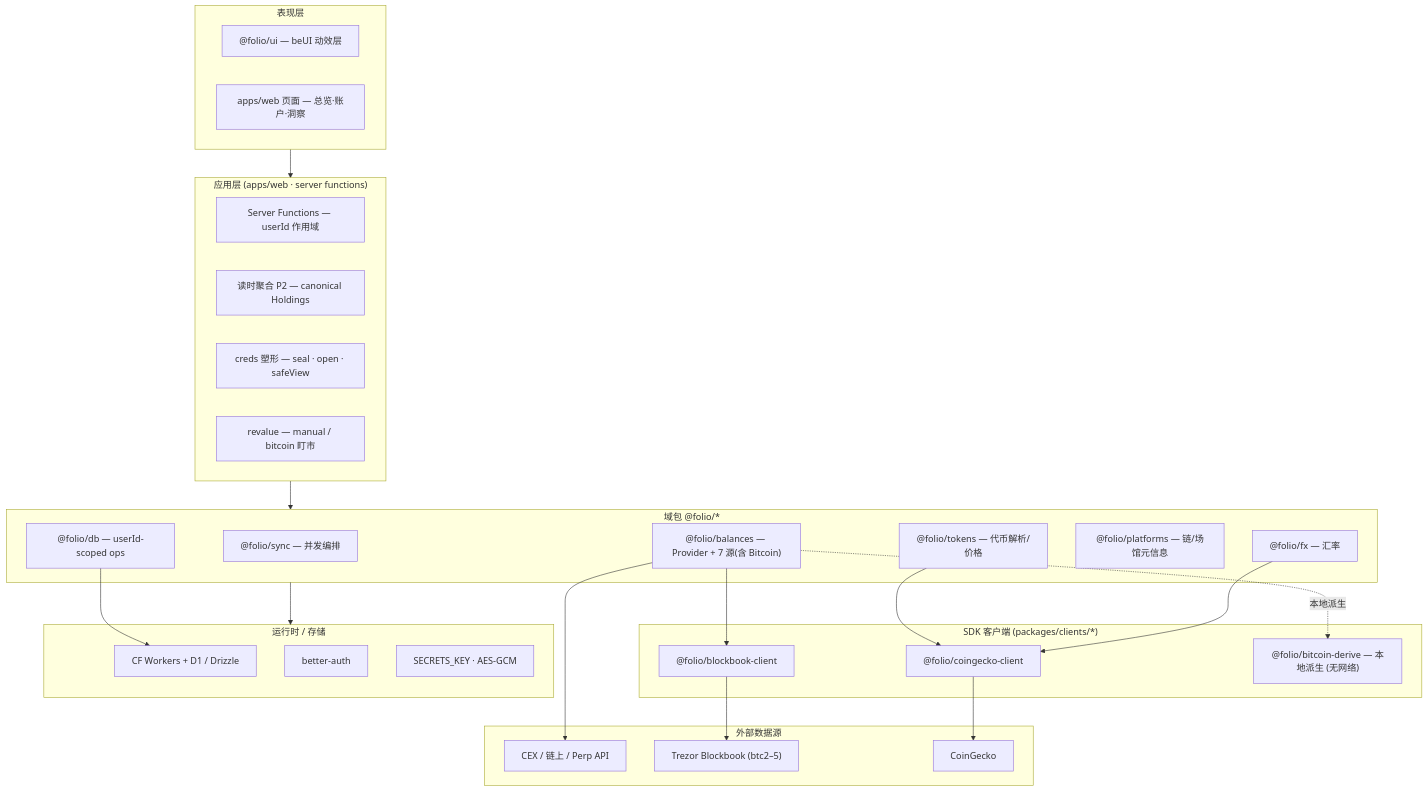
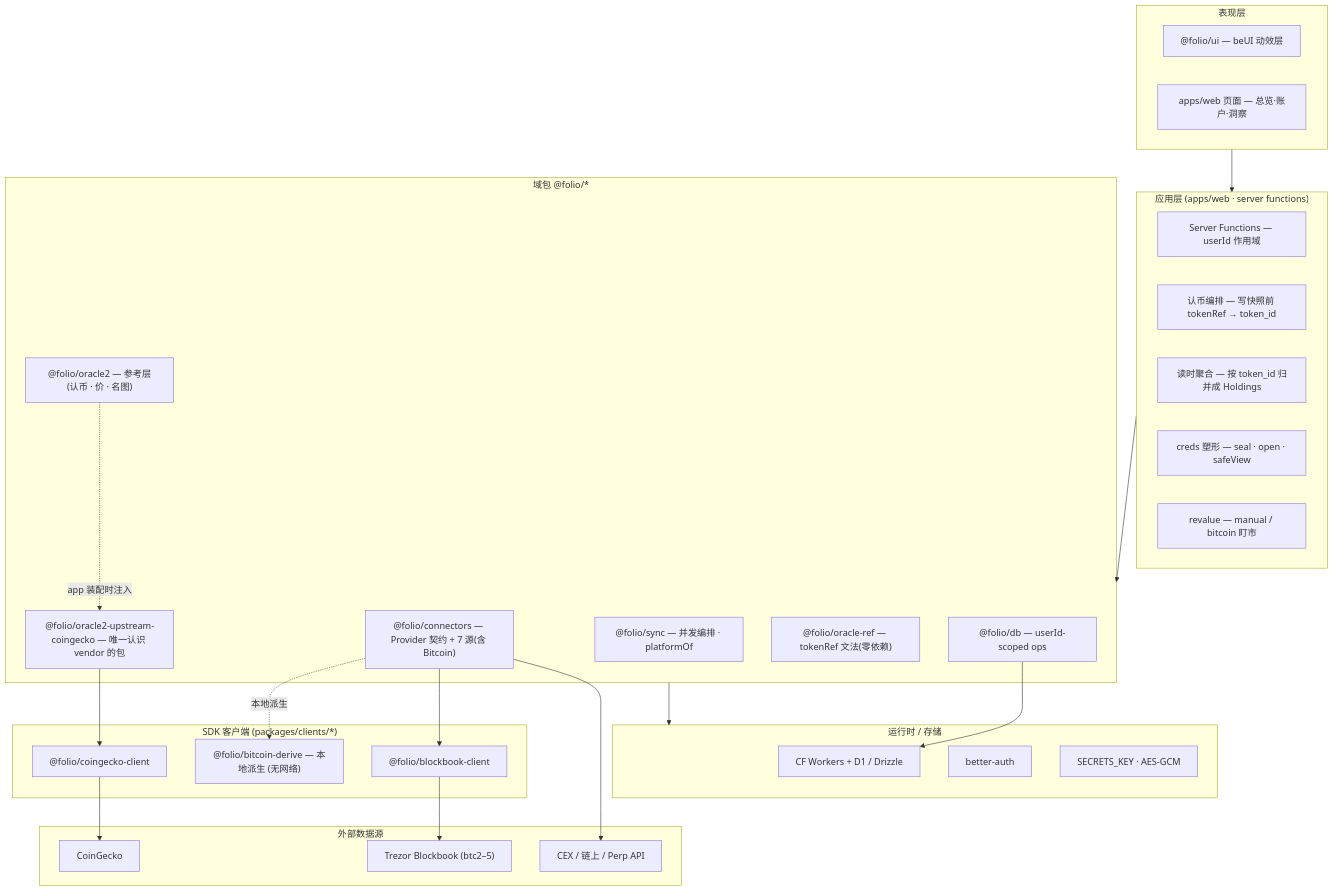
One commit to x0finch/folio2 changed the diagram in docs/architecture/00-overview.md. Above: the diagram before and after it, drawn with Mermaid. The commit also changed other lines of this file and 3 other files, not shown here.

````diff
--- a/docs/architecture/00-overview.md
+++ b/docs/architecture/00-overview.md
@@ -26,43 +26,44 @@
 ```mermaid
 flowchart TB
     subgraph P["表现层"]
         UI["@folio/ui — beUI 动效层"]
         PAGES["apps/web 页面 — 总览·账户·洞察"]
     end
     subgraph A["应用层 (apps/web · server functions)"]
         SF["Server Functions — userId 作用域"]
-        AGG["读时聚合 P2 — canonical Holdings"]
+        MINT["认币编排 — 写快照前 tokenRef → token_id"]
+        AGG["读时聚合 — 按 token_id 归并成 Holdings"]
         CR["creds 塑形 — seal · open · safeView"]
         RV["revalue — manual / bitcoin 盯市"]
     end
     subgraph D["域包 @folio/*"]
-        SYNC["@folio/sync — 并发编排"]
-        BAL["@folio/balances — Provider + 7 源(含 Bitcoin)"]
-        TOK["@folio/tokens — 代币解析/价格"]
-        FX["@folio/fx — 汇率"]
-        PLAT["@folio/platforms — 链/场馆元信息"]
+        SYNC["@folio/sync — 并发编排 · platformOf"]
+        CONN["@folio/connectors — Provider 契约 + 7 源(含 Bitcoin)"]
+        ORA["@folio/oracle2 — 参考层(认币 · 价 · 名图)"]
+        UPS["@folio/oracle2-upstream-coingecko — 唯一认识 vendor 的包"]
+        REF["@folio/oracle-ref — tokenRef 文法(零依赖)"]
         DB["@folio/db — userId-scoped ops"]
     end
     subgraph C["SDK 客户端 (packages/clients/*)"]
         CGC["@folio/coingecko-client"]
         BBC["@folio/blockbook-client"]
         DRV["@folio/bitcoin-derive — 本地派生 (无网络)"]
     end
     subgraph R["运行时 / 存储"]
         CF["CF Workers + D1 / Drizzle"]
         AUTH["better-auth"]
         SEC["SECRETS_KEY · AES-GCM"]
     end
     subgraph X["外部数据源"]
         CEX["CEX / 链上 / Perp API"]
         BB["Trezor Blockbook (btc2–5)"]
         CGK["CoinGecko"]
     end
     P --> A --> D --> R
-    BAL --> CEX
-    BAL --> BBC --> BB
-    BAL -.本地派生.-> DRV
-    TOK --> CGC --> CGK
-    FX --> CGC
+    CONN --> CEX
+    CONN --> BBC --> BB
+    CONN -.本地派生.-> DRV
+    ORA -.app 装配时注入.-> UPS
+    UPS --> CGC --> CGK
     DB --> CF
 ```
````
